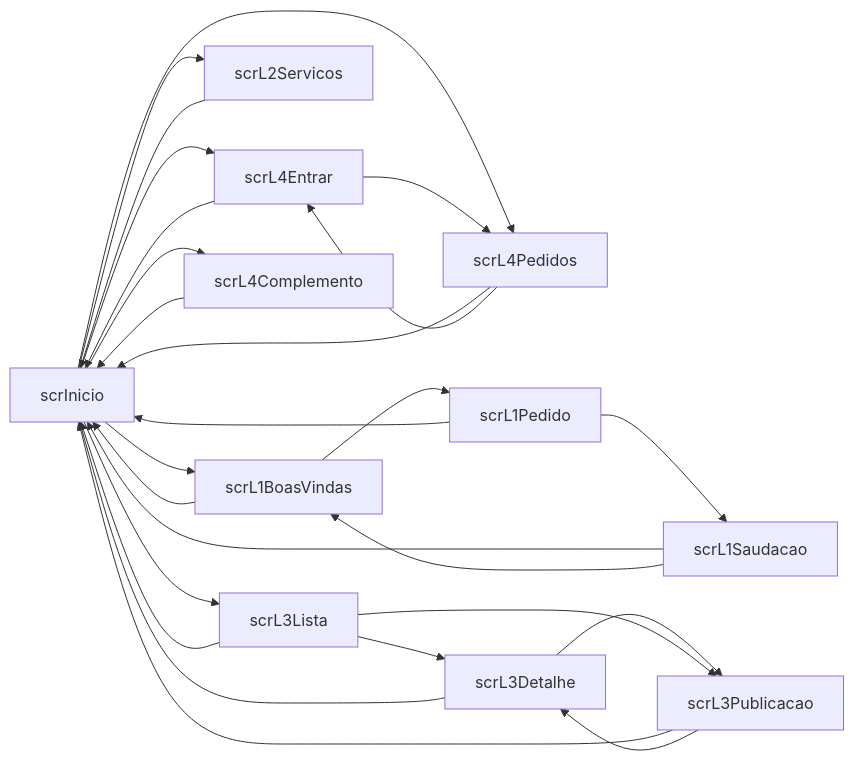
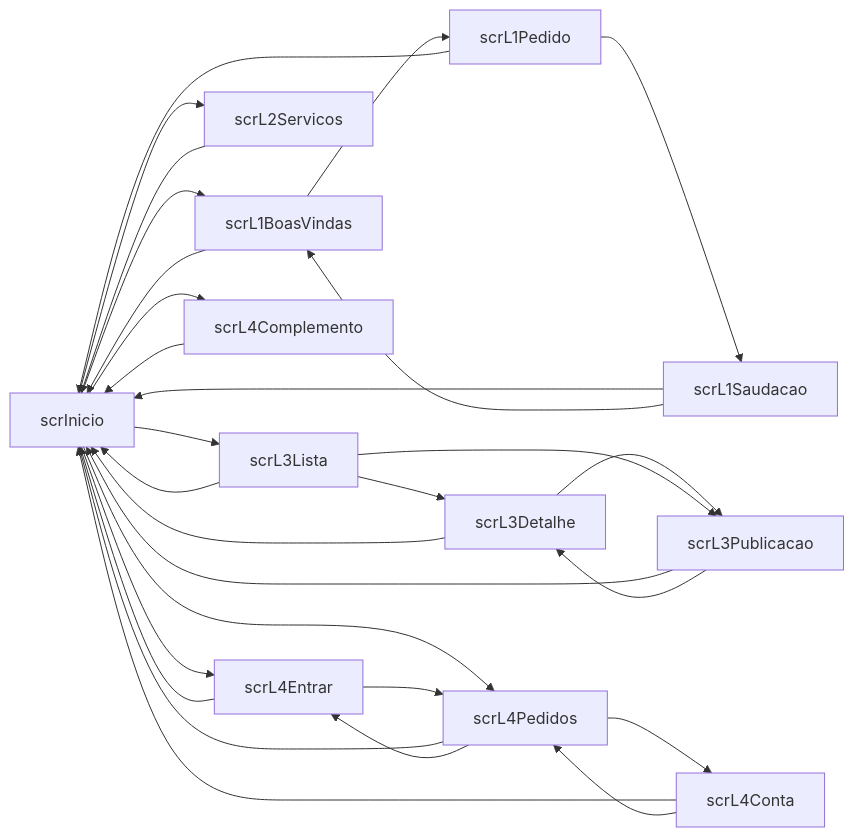
Before and after one commit to RiGuJeCaAb/DAC2627: the diagram in docs/inventario.md, drawn with Mermaid. The commit also changed other lines of this file and 16 other files, not shown here.

First line of the commit message:
v1.10.0: scrL4Conta com as áreas Utilizadores e A minha password (m013); Index no btnL4CliIniciais; lint DAC410 e DAC411

````diff
--- a/docs/inventario.md
+++ b/docs/inventario.md
@@ -9,28 +9,31 @@
 ```mermaid
 flowchart LR
   scrInicio --> scrL1BoasVindas
   scrInicio --> scrL2Servicos
   scrInicio --> scrL3Lista
   scrInicio --> scrL4Complemento
   scrInicio --> scrL4Entrar
   scrInicio --> scrL4Pedidos
   scrL1BoasVindas --> scrInicio
   scrL1BoasVindas --> scrL1Pedido
   scrL1Pedido --> scrInicio
   scrL1Pedido --> scrL1Saudacao
   scrL1Saudacao --> scrInicio
   scrL1Saudacao --> scrL1BoasVindas
   scrL2Servicos --> scrInicio
   scrL3Detalhe --> scrInicio
   scrL3Detalhe --> scrL3Publicacao
   scrL3Lista --> scrInicio
   scrL3Lista --> scrL3Detalhe
   scrL3Lista --> scrL3Publicacao
   scrL3Publicacao --> scrInicio
   scrL3Publicacao --> scrL3Detalhe
   scrL4Complemento --> scrInicio
+  scrL4Conta --> scrInicio
+  scrL4Conta --> scrL4Pedidos
   scrL4Entrar --> scrInicio
   scrL4Entrar --> scrL4Pedidos
   scrL4Pedidos --> scrInicio
+  scrL4Pedidos --> scrL4Conta
   scrL4Pedidos --> scrL4Entrar
 ```
````
